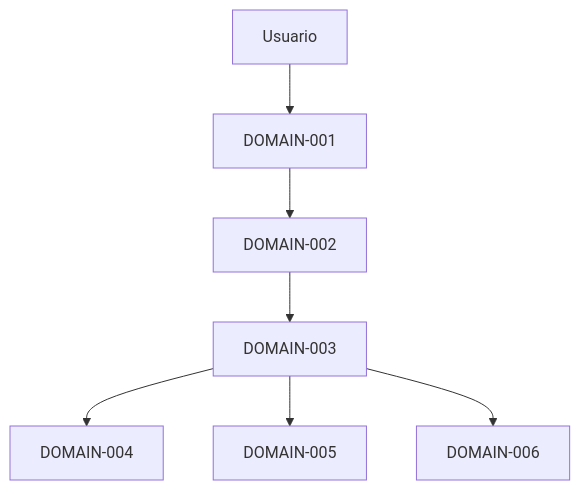
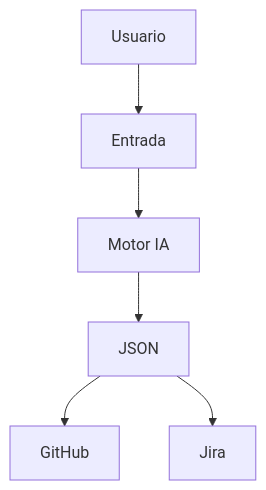
The diagram in analysis_ia/DOC2_FUNCTIONAL_DOMAINS.md (essancv/training), drawn with Mermaid before and after one commit. The commit also changed other lines of this file, not shown here.

````diff
--- a/analysis_ia/DOC2_FUNCTIONAL_DOMAINS.md
+++ b/analysis_ia/DOC2_FUNCTIONAL_DOMAINS.md
@@ -44,9 +20,8 @@
 ```mermaid
 flowchart TD
-A[Usuario] --> B[DOMAIN-001]
-B --> C[DOMAIN-002]
-C --> D[DOMAIN-003]
-D --> E[DOMAIN-004]
-D --> F[DOMAIN-005]
-D --> G[DOMAIN-006]
+A[Usuario] --> B[Entrada]
+B --> C[Motor IA]
+C --> D[JSON]
+D --> E[GitHub]
+D --> F[Jira]
 ```
````
